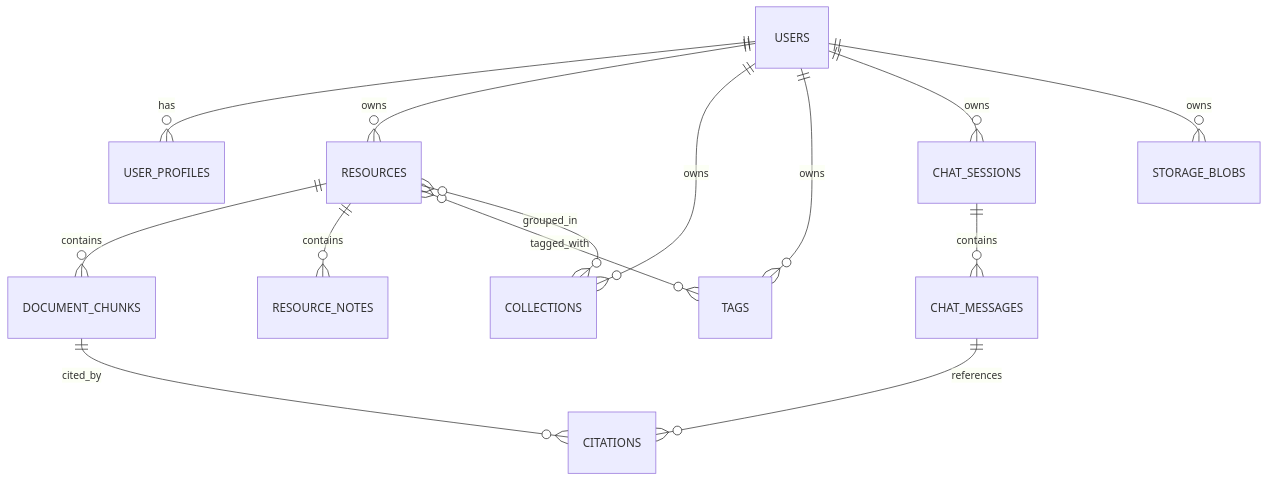
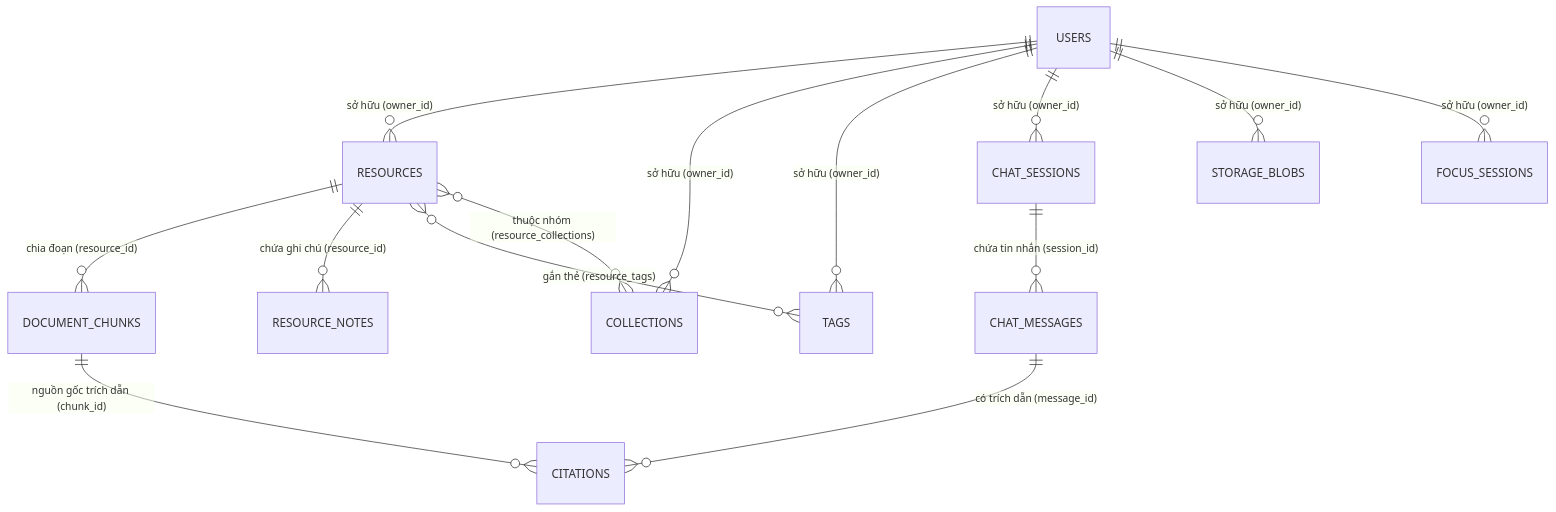
Before and after one commit to dbp3206-source/group_sync: the third of 4 diagrams in docs/02_technical_reference/TECHNICAL_REFERENCE.md, drawn with Mermaid. The commit also changed other lines of this file and 8 other files, not shown here.

````diff
--- a/docs/02_technical_reference/TECHNICAL_REFERENCE.md
+++ b/docs/02_technical_reference/TECHNICAL_REFERENCE.md
@@ -254,18 +262,18 @@
 ```mermaid
 erDiagram
-    USERS ||--o{ USER_PROFILES : has
-    USERS ||--o{ RESOURCES : owns
-    USERS ||--o{ COLLECTIONS : owns
-    USERS ||--o{ TAGS : owns
-    USERS ||--o{ CHAT_SESSIONS : owns
-    USERS ||--o{ STORAGE_BLOBS : owns
+    USERS ||--o{ RESOURCES : "sở hữu (owner_id)"
+    USERS ||--o{ COLLECTIONS : "sở hữu (owner_id)"
+    USERS ||--o{ TAGS : "sở hữu (owner_id)"
+    USERS ||--o{ CHAT_SESSIONS : "sở hữu (owner_id)"
+    USERS ||--o{ STORAGE_BLOBS : "sở hữu (owner_id)"
+    USERS ||--o{ FOCUS_SESSIONS : "sở hữu (owner_id)"
 
-    RESOURCES ||--o{ DOCUMENT_CHUNKS : contains
-    RESOURCES ||--o{ RESOURCE_NOTES : contains
-    RESOURCES }o--o{ TAGS : tagged_with
-    RESOURCES }o--o{ COLLECTIONS : grouped_in
+    RESOURCES ||--o{ DOCUMENT_CHUNKS : "chia đoạn (resource_id)"
+    RESOURCES ||--o{ RESOURCE_NOTES : "chứa ghi chú (resource_id)"
+    RESOURCES }o--o{ TAGS : "gắn thẻ (resource_tags)"
+    RESOURCES }o--o{ COLLECTIONS : "thuộc nhóm (resource_collections)"
 
-    CHAT_SESSIONS ||--o{ CHAT_MESSAGES : contains
-    CHAT_MESSAGES ||--o{ CITATIONS : references
-    DOCUMENT_CHUNKS ||--o{ CITATIONS : cited_by
+    CHAT_SESSIONS ||--o{ CHAT_MESSAGES : "chứa tin nhắn (session_id)"
+    CHAT_MESSAGES ||--o{ CITATIONS : "có trích dẫn (message_id)"
+    DOCUMENT_CHUNKS ||--o{ CITATIONS : "nguồn gốc trích dẫn (chunk_id)"
 ```
````
